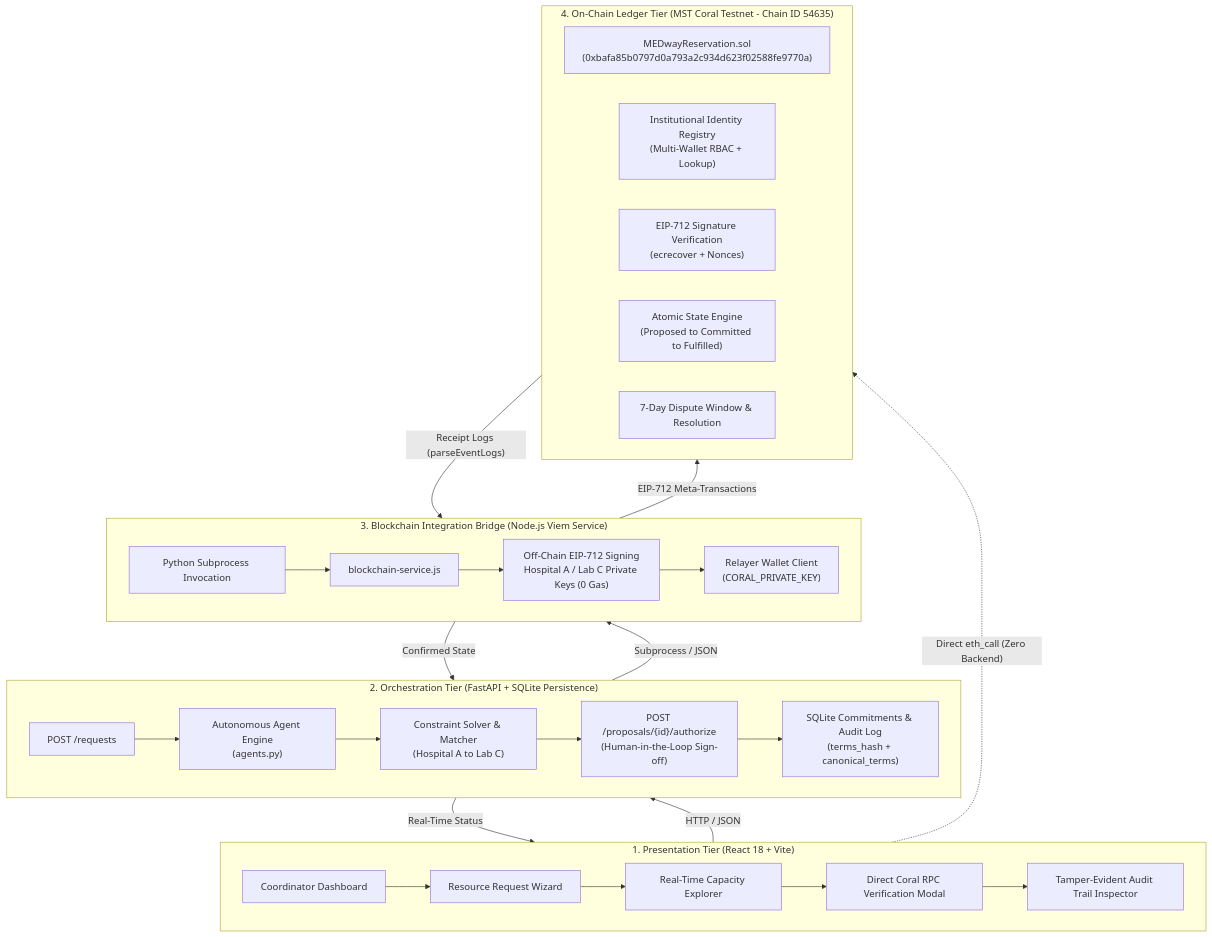
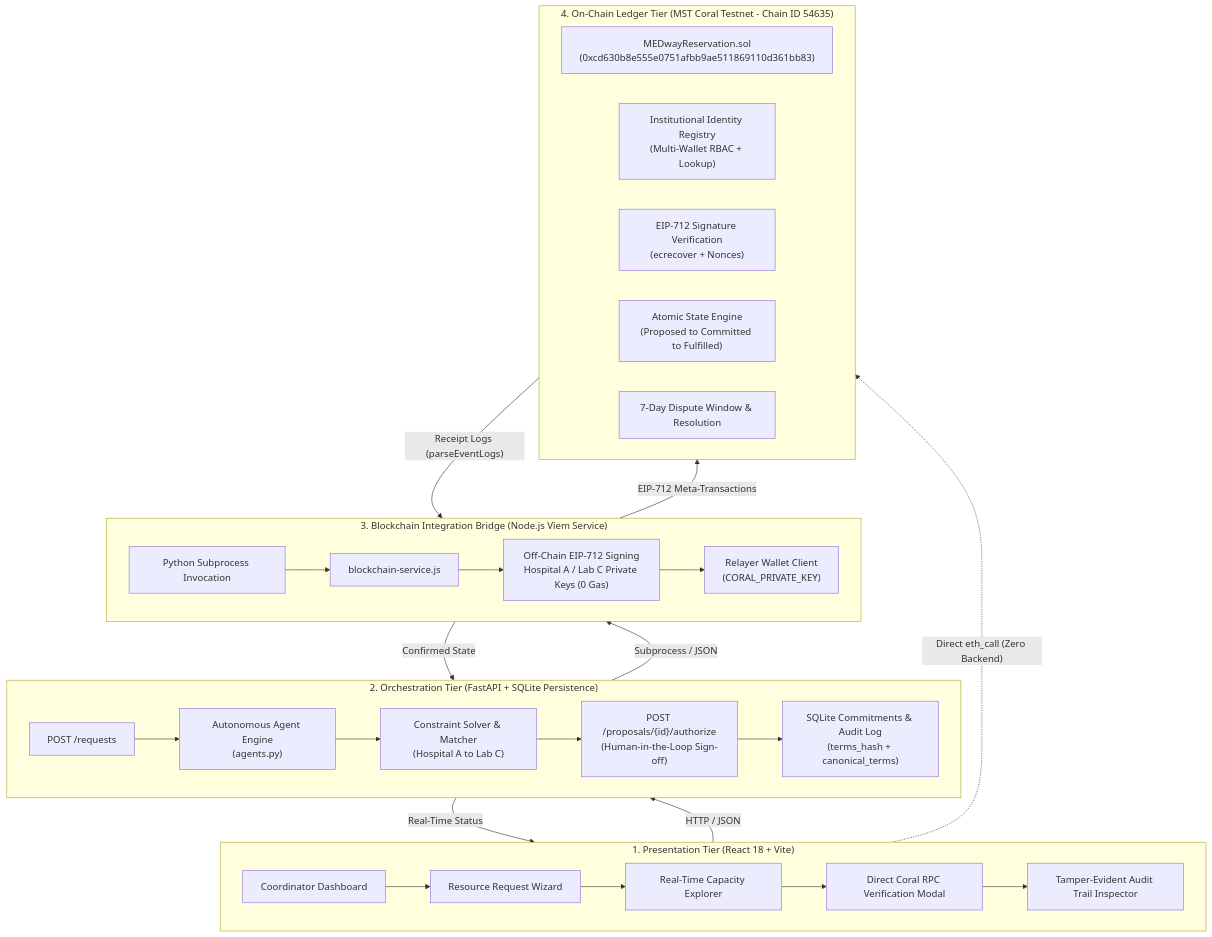
Before and after one commit to omkar0075/blockchain: the first of 4 diagrams in README.md, drawn with Mermaid. The commit also changed other lines of this file and 9 other files, not shown here.

````diff
--- a/README.md
+++ b/README.md
@@ -105,38 +105,38 @@
 ```mermaid
 flowchart TB
     subgraph UI["1. Presentation Tier (React 18 + Vite)"]
         A1["Coordinator Dashboard"] --> A2["Resource Request Wizard"]
         A2 --> A3["Real-Time Capacity Explorer"]
         A3 --> A4["Direct Coral RPC Verification Modal"]
         A4 --> A5["Tamper-Evident Audit Trail Inspector"]
     end
 
     subgraph API["2. Orchestration Tier (FastAPI + SQLite Persistence)"]
         B1["POST /requests"] --> B2["Autonomous Agent Engine<br/>(agents.py)"]
         B2 --> B3["Constraint Solver & Matcher<br/>(Hospital A to Lab C)"]
         B3 --> B4["POST /proposals/{id}/authorize<br/>(Human-in-the-Loop Sign-off)"]
         B4 --> B5["SQLite Commitments & Audit Log<br/>(terms_hash + canonical_terms)"]
     end
 
     subgraph BRIDGE["3. Blockchain Integration Bridge (Node.js Viem Service)"]
         C1["Python Subprocess Invocation"] --> C2["blockchain-service.js"]
         C2 --> C3["Off-Chain EIP-712 Signing<br/>Hospital A / Lab C Private Keys (0 Gas)"]
         C3 --> C4["Relayer Wallet Client<br/>(CORAL_PRIVATE_KEY)"]
     end
 
     subgraph CHAIN["4. On-Chain Ledger Tier (MST Coral Testnet - Chain ID 54635)"]
-        D1["MEDwayReservation.sol<br/>(0xbafa85b0797d0a793a2c934d623f02588fe9770a)"]
+        D1["MEDwayReservation.sol<br/>(0xcd630b8e555e0751afbb9ae511869110d361bb83)"]
         D2["Institutional Identity Registry<br/>(Multi-Wallet RBAC + Lookup)"]
         D3["EIP-712 Signature Verification<br/>(ecrecover + Nonces)"]
         D4["Atomic State Engine<br/>(Proposed to Committed to Fulfilled)"]
         D5["7-Day Dispute Window & Resolution"]
     end
 
     UI -->|"HTTP / JSON"| API
     API -->|"Subprocess / JSON"| BRIDGE
     BRIDGE -->|"EIP-712 Meta-Transactions"| CHAIN
     CHAIN -->|"Receipt Logs (parseEventLogs)"| BRIDGE
     BRIDGE -->|"Confirmed State"| API
     API -->|"Real-Time Status"| UI
     UI -.->|"Direct eth_call (Zero Backend)"| CHAIN
 ```
````
